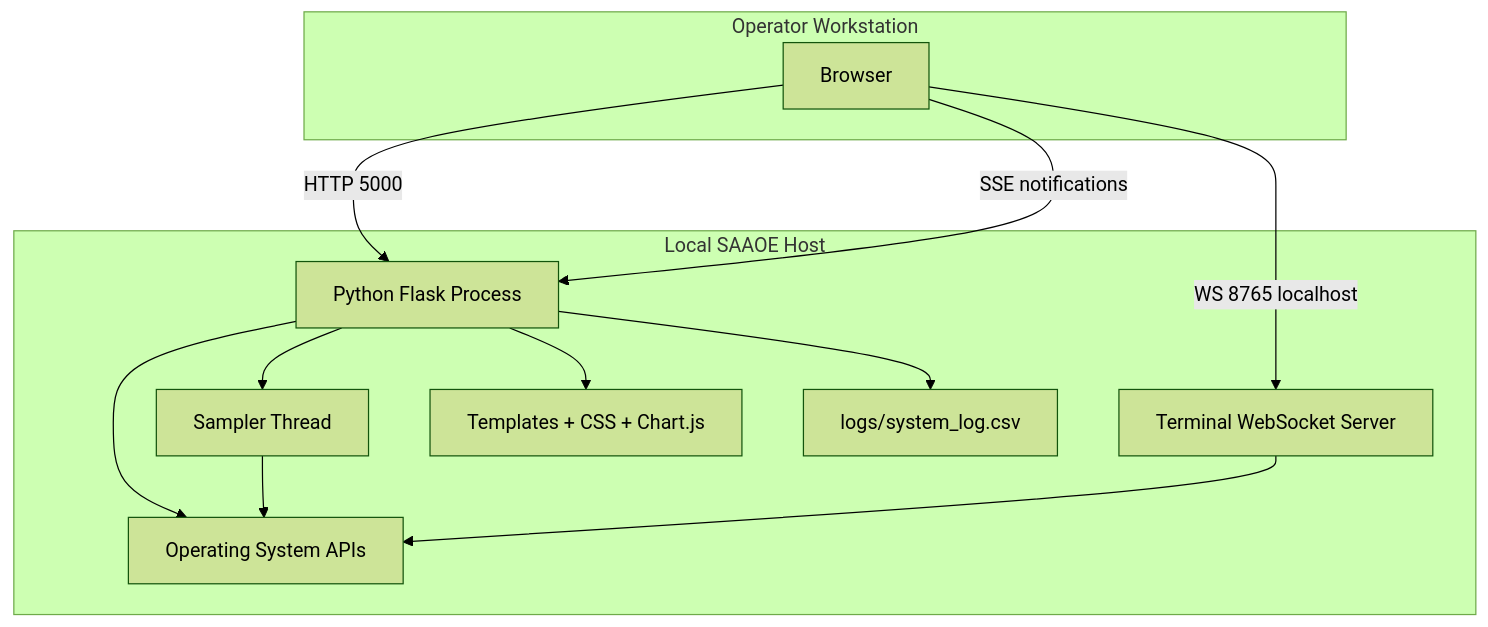
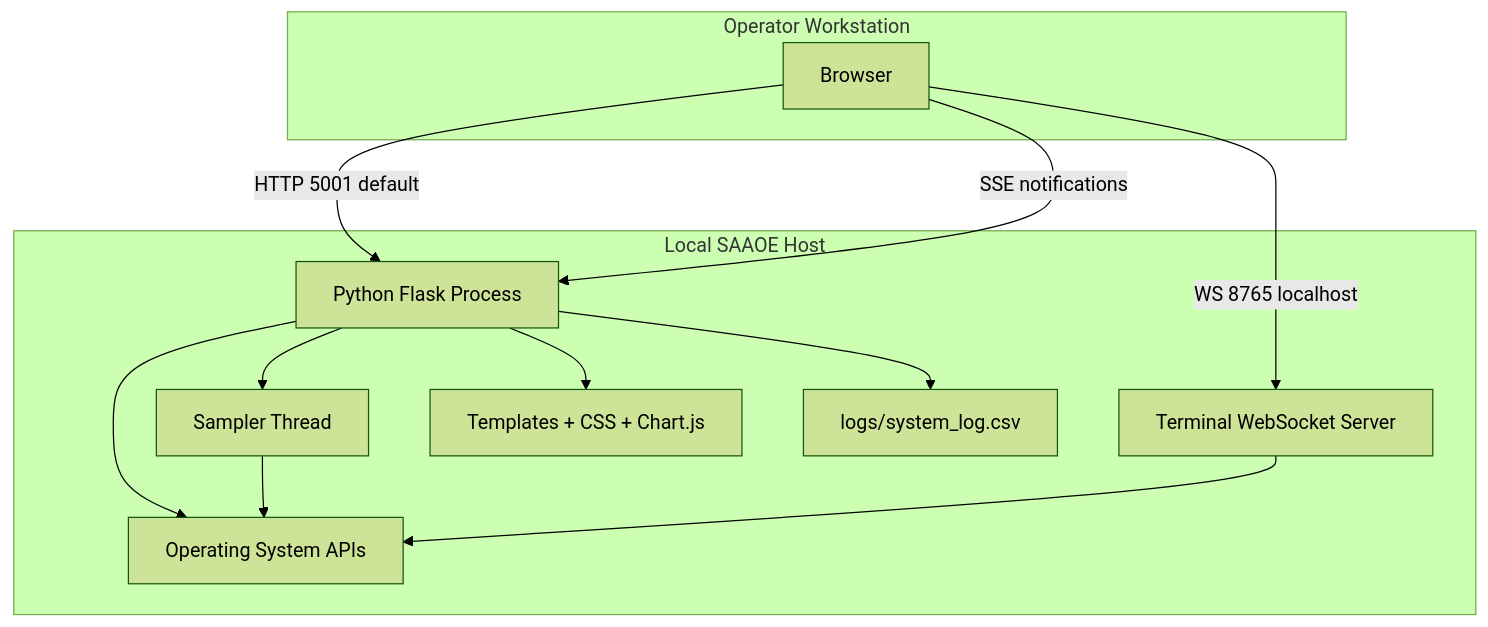
The sixth of 27 diagrams in docs/uml-diagrams.md (Ryner88/Sysethic), drawn with Mermaid (forest theme) before and after one commit. The commit also changed 9 other files, not shown here.

````diff
--- a/docs/uml-diagrams.md
+++ b/docs/uml-diagrams.md
@@ -187,25 +187,25 @@
 ```mermaid
 flowchart TB
     subgraph HostMachine["Local SAAOE Host"]
         FlaskProcess["Python Flask Process"]
         SamplerThread["Sampler Thread"]
         TerminalServer["Terminal WebSocket Server"]
         StaticAssets["Templates + CSS + Chart.js"]
         LogFile["logs/system_log.csv"]
         HostOS["Operating System APIs"]
     end
 
     subgraph Client["Operator Workstation"]
         Browser["Browser"]
     end
 
-    Browser -->|HTTP 5000| FlaskProcess
+    Browser -->|HTTP 5001 default| FlaskProcess
     Browser -->|SSE notifications| FlaskProcess
     Browser -->|WS 8765 localhost| TerminalServer
     FlaskProcess --> StaticAssets
     FlaskProcess --> LogFile
     FlaskProcess --> HostOS
     SamplerThread --> HostOS
     FlaskProcess --> SamplerThread
     TerminalServer --> HostOS
 ```
````
